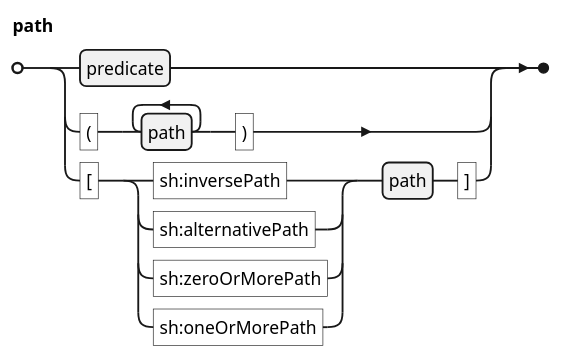
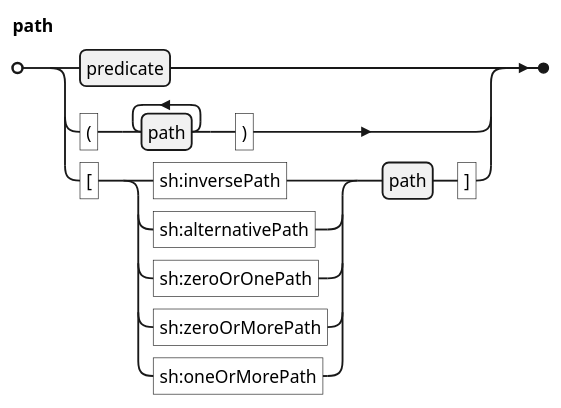
Before and after one commit to w3c/data-shapes: the diagram in shacl12-core/images/path-EBNF.puml, drawn with PlantUML. The commit also changed 2 other files, not shown here.

Commit message:
add sh:zeroOrOnePath

```diff
--- a/shacl12-core/images/path-EBNF.puml
+++ b/shacl12-core/images/path-EBNF.puml
@@ -1,3 +1,3 @@
 @startEbnf
-path = predicate | "(", {path}-, ")" | "[", ("sh:inversePath"|"sh:alternativePath"|"sh:zeroOrMorePath"|"sh:oneOrMorePath"), path, "]" ;
+path = predicate | "(", {path}-, ")" | "[", ("sh:inversePath"|"sh:alternativePath"|"sh:zeroOrOnePath"|"sh:zeroOrMorePath"|"sh:oneOrMorePath"), path, "]" ;
 @endEbnf
```
